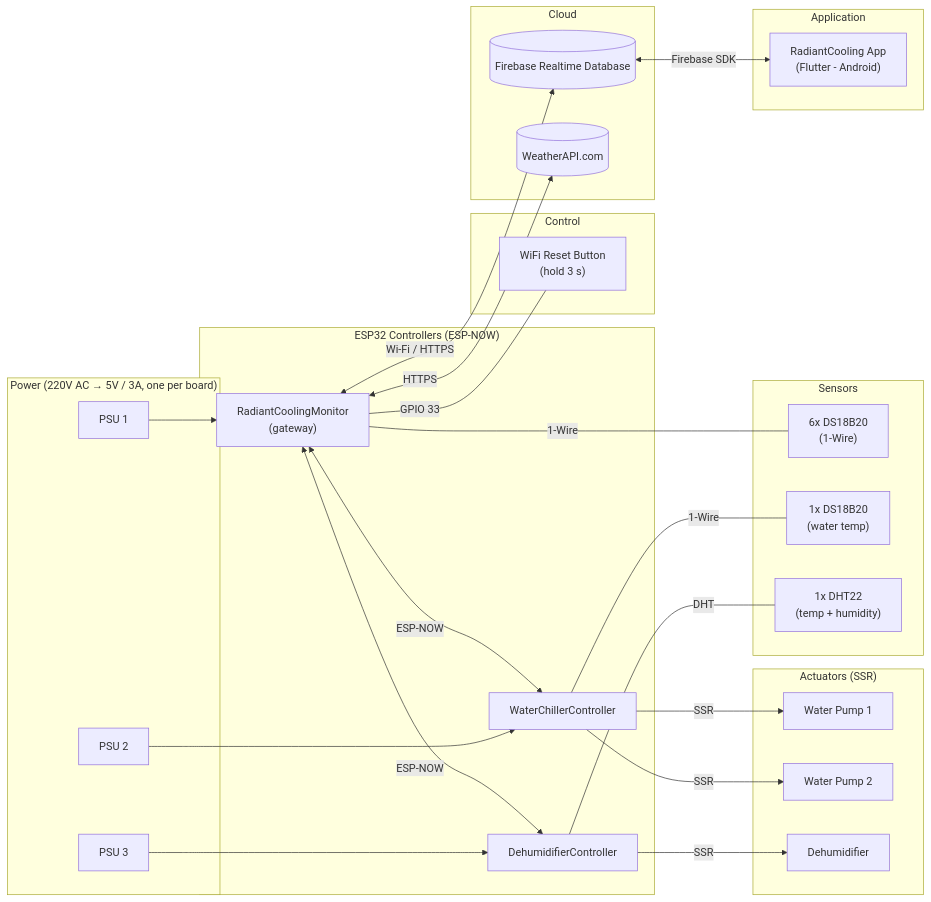
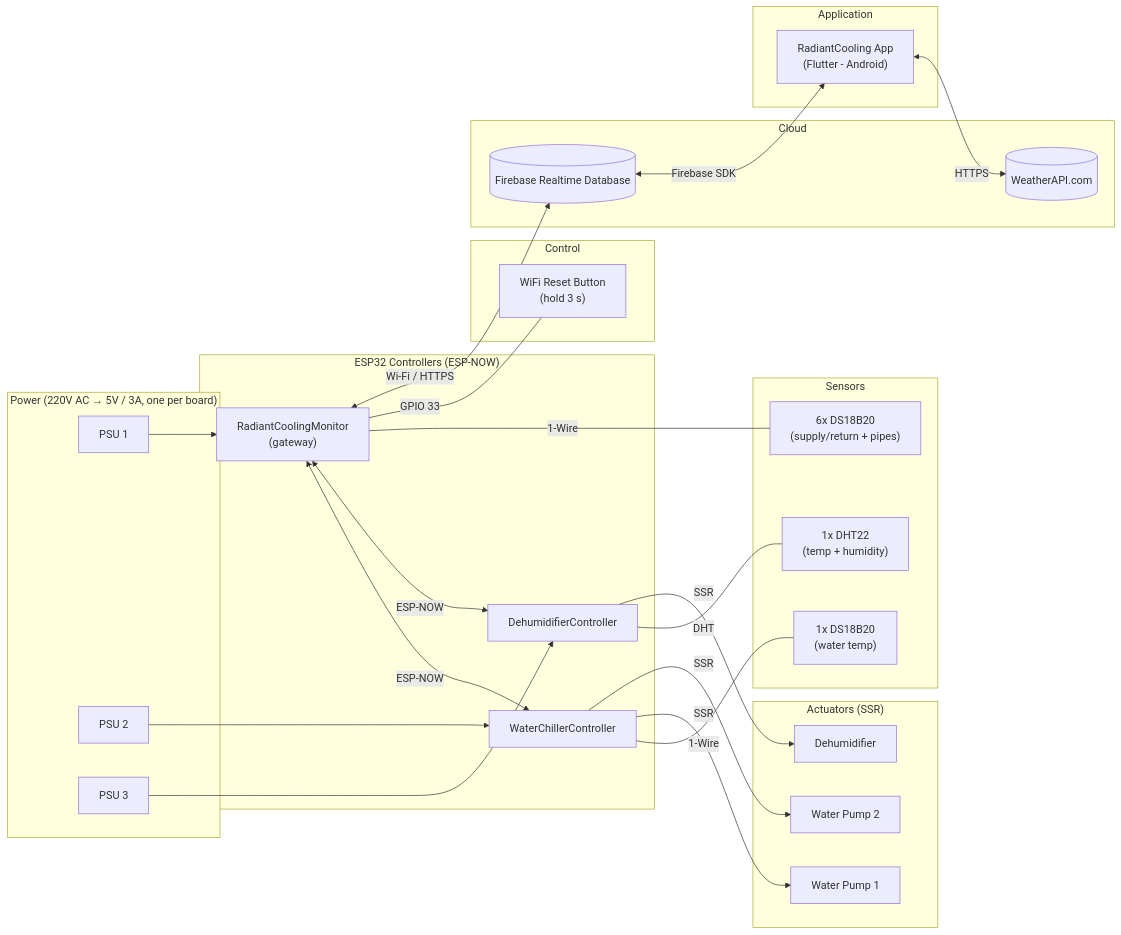
Before and after one commit to qppd/radiant-cooling: the diagram in docs/diagrams/block-diagram.md, drawn with Mermaid. The commit also changed other lines of this file and 31 other files, not shown here.

````diff
--- a/docs/diagrams/block-diagram.md
+++ b/docs/diagrams/block-diagram.md
@@ -17,59 +17,59 @@
 ```mermaid
 flowchart LR
     subgraph PWR["Power (220V AC → 5V / 3A, one per board)"]
         PS1["PSU 1"]
         PS2["PSU 2"]
         PS3["PSU 3"]
     end
 
     subgraph CTRL["ESP32 Controllers (ESP-NOW)"]
         GW["RadiantCoolingMonitor<br/>(gateway)"]
         WCC["WaterChillerController"]
         DHC["DehumidifierController"]
     end
 
     subgraph SEN["Sensors"]
-        T6["6x DS18B20<br/>(1-Wire)"]
+        T6["6x DS18B20<br/>(supply/return + pipes)"]
         T1["1x DS18B20<br/>(water temp)"]
         DHT["1x DHT22<br/>(temp + humidity)"]
     end
 
     subgraph BTN["Control"]
         RESET["WiFi Reset Button<br/>(hold 3 s)"]
     end
 
     subgraph ACT["Actuators (SSR)"]
         P1["Water Pump 1"]
         P2["Water Pump 2"]
         DHU["Dehumidifier"]
     end
 
     subgraph CLOUD["Cloud"]
         FB[("Firebase Realtime Database")]
         WX[("WeatherAPI.com")]
     end
 
     subgraph APP["Application"]
         UI["RadiantCooling App<br/>(Flutter - Android)"]
     end
 
     PS1 --> GW
     PS2 --> WCC
     PS3 --> DHC
 
     GW <-->|"ESP-NOW"| WCC
     GW <-->|"ESP-NOW"| DHC
 
     GW ---|"1-Wire"| T6
     GW ---|"GPIO 33"| RESET
     WCC ---|"1-Wire"| T1
     DHC ---|"DHT"| DHT
 
     WCC -->|"SSR"| P1
     WCC -->|"SSR"| P2
     DHC -->|"SSR"| DHU
 
     GW <-->|"Wi-Fi / HTTPS"| FB
-    GW <-->|"HTTPS"| WX
+    UI <-->|"HTTPS"| WX
     FB <-->|"Firebase SDK"| UI
 ```
````
